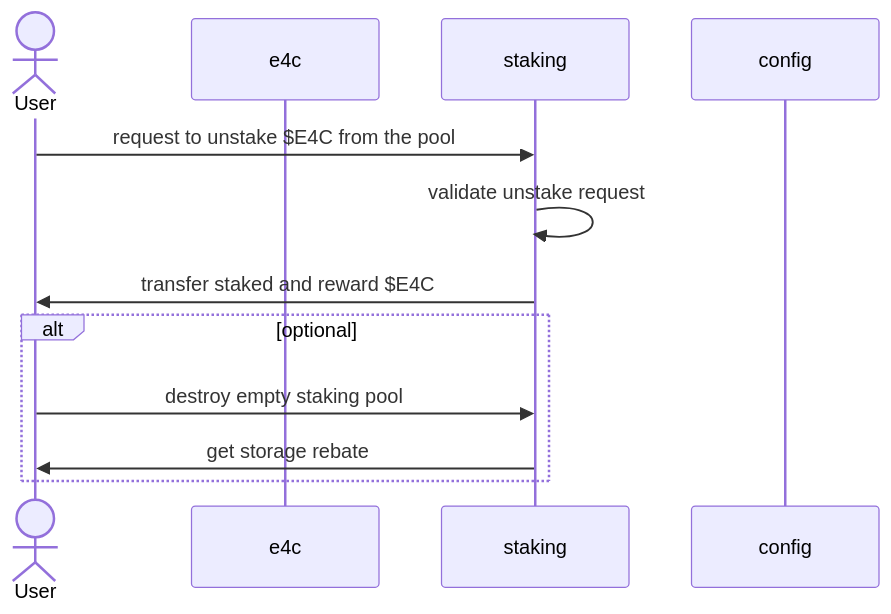
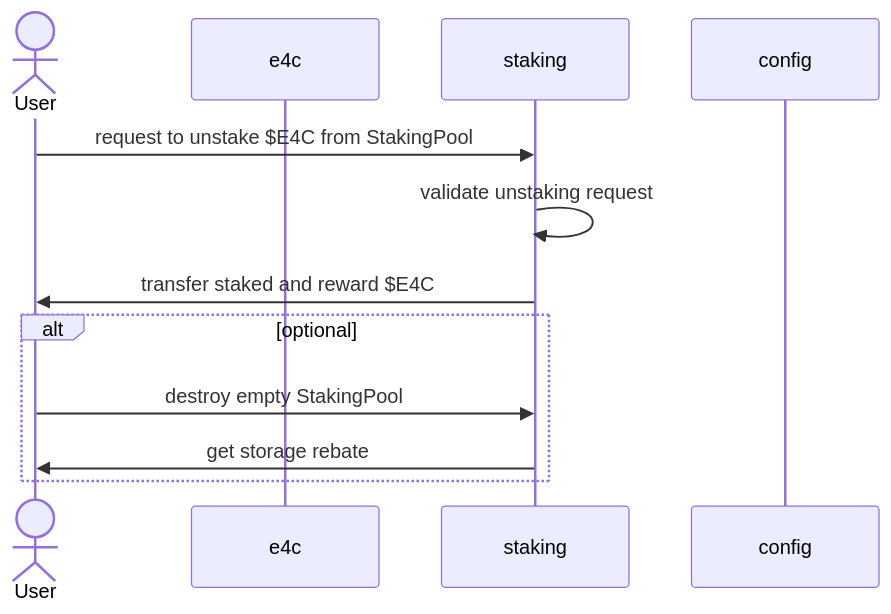
The third of 4 diagrams in README.md (z330789559/e4c), drawn with Mermaid before and after one commit. The commit also changed other lines of this file, not shown here.

````diff
--- a/README.md
+++ b/README.md
@@ -63,14 +63,14 @@
 ```mermaid
 sequenceDiagram
     actor U as User
     participant e4c
     participant staking
     participant config
-    U ->> staking: request to unstake $E4C from the pool
-    staking ->> staking: validate unstake request
+    U ->> staking: request to unstake $E4C from StakingPool
+    staking ->> staking: validate unstaking request
     staking ->> U: transfer staked and reward $E4C
     alt optional
-        U ->> staking: destroy empty staking pool
+        U ->> staking: destroy empty StakingPool
         staking ->> U: get storage rebate
     end
 ```
````
